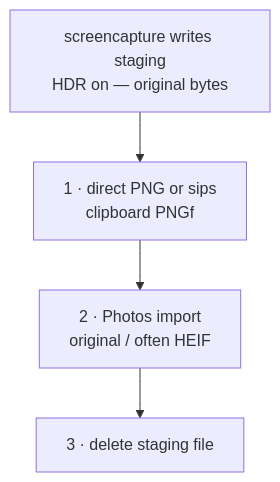
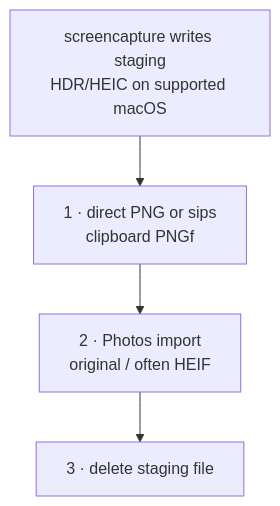
Before and after one commit to travisjneuman/macos-screenshot-pipeline: the third of 3 diagrams in README.md, drawn with Mermaid. The commit also changed other lines of this file and 9 other files, not shown here.

Commit message:
Fix HDR screenshot output format by macOS version

````diff
--- a/README.md
+++ b/README.md
@@ -76,7 +76,7 @@
 ```mermaid
 flowchart TB
-  SC["screencapture writes staging<br/>HDR on — original bytes"]
+  SC["screencapture writes staging<br/>HDR/HEIC on supported macOS"]
   SC --> CB["1 · direct PNG or sips<br/>clipboard PNGf"]
   CB --> PH["2 · Photos import<br/>original / often HEIF"]
   PH --> RM["3 · delete staging file"]
 ```
````
